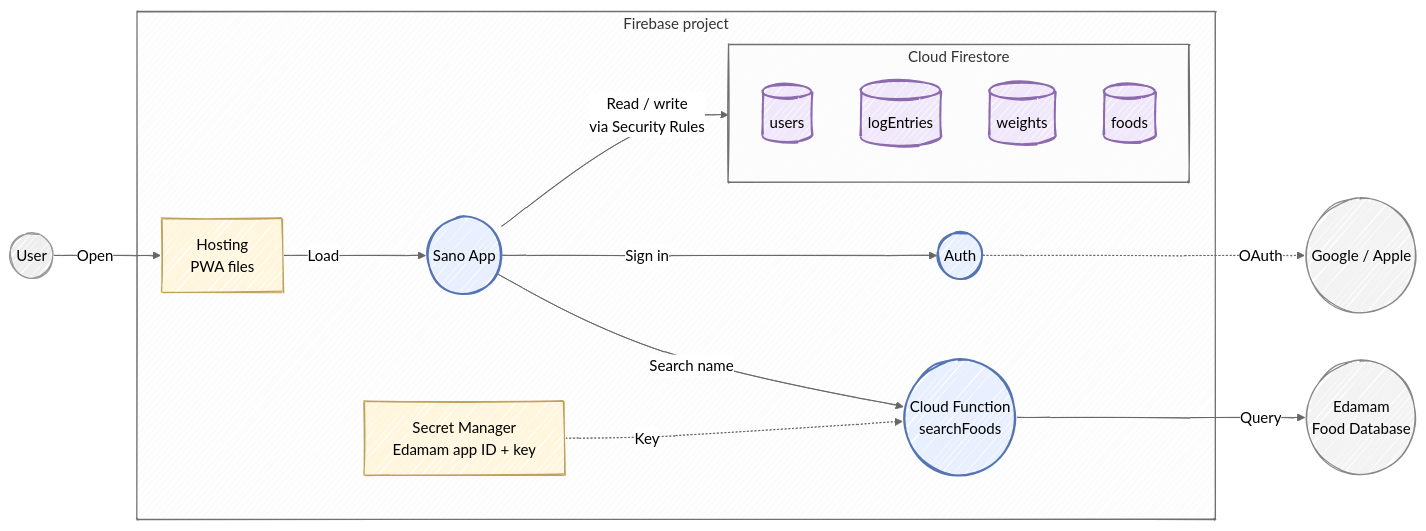
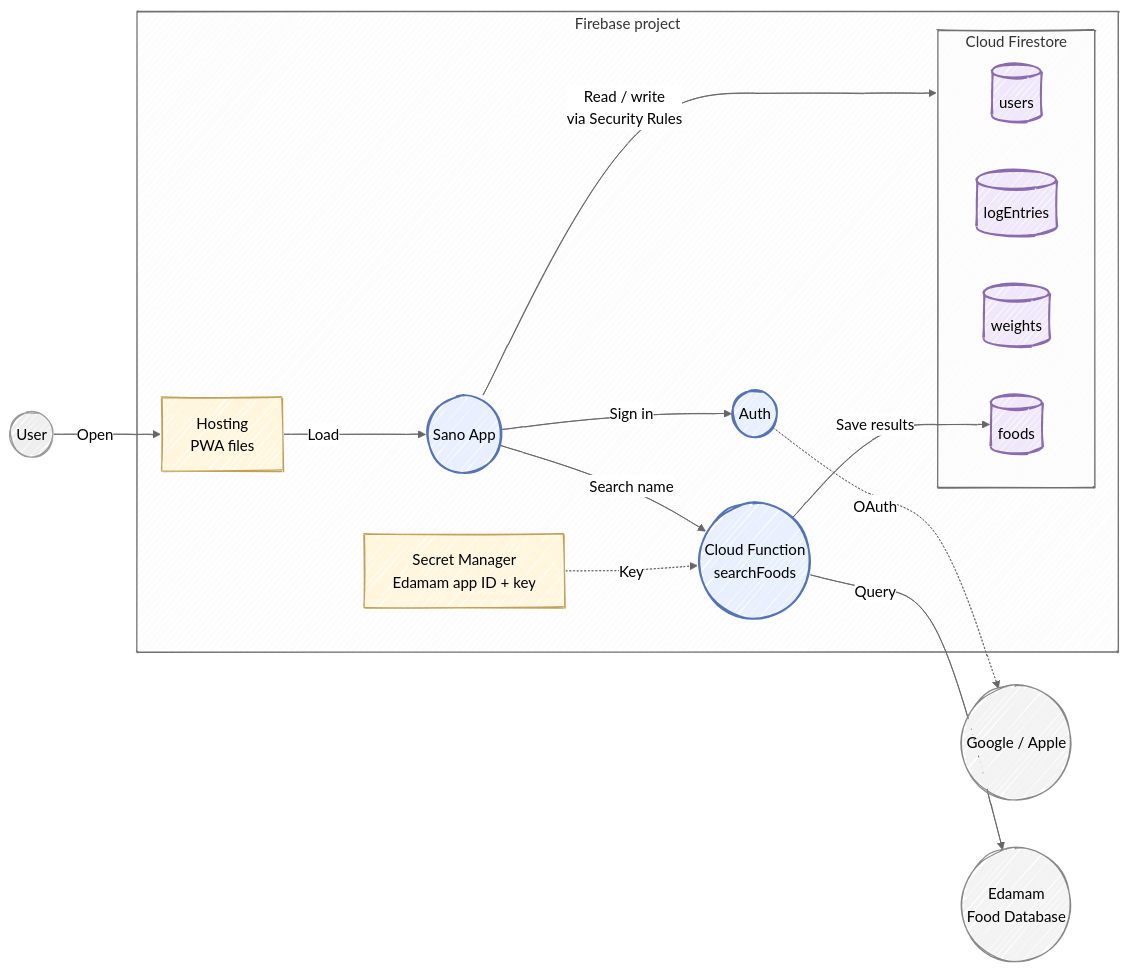
Before and after one commit to ai-rayven/wellness-ai: the first of 4 diagrams in docs/mvp.md, drawn with Mermaid. The commit also changed other lines of this file, not shown here.

First line of the commit message:
Make foods global and store one unit (g, kg)

````diff
--- a/docs/mvp.md
+++ b/docs/mvp.md
@@ -25,43 +25,44 @@
 ```mermaid
 ---
 config:
   look: handDrawn
   theme: neutral
 ---
 flowchart LR
     user(("User"))
     social(("Google / Apple"))
     edamam(("Edamam<br/>Food Database"))
 
     subgraph fb["Firebase project"]
         hosting["Hosting<br/>PWA files"]
         app(("Sano App"))
         auth(("Auth"))
         fn(("Cloud Function<br/>searchFoods"))
         secret["Secret Manager<br/>Edamam app ID + key"]
         subgraph fs["Cloud Firestore"]
             users[("users")]
             logs[("logEntries")]
             weights[("weights")]
             foods[("foods")]
         end
     end
 
     user -->|"Open"| hosting
     hosting -->|"Load"| app
     app -->|"Sign in"| auth
     auth -.->|"OAuth"| social
     app -->|"Read / write<br/>via Security Rules"| fs
     app -->|"Search name"| fn
     secret -.->|"Key"| fn
     fn -->|"Query"| edamam
+    fn -->|"Save results"| foods
 
     classDef service fill:#e8efff,stroke:#5474b4,stroke-width:2px
     classDef store fill:#f0e8fa,stroke:#8b6aad,stroke-width:2px
     classDef artifact fill:#fff6dd,stroke:#bfa15b
     classDef external fill:#f3f3f3,stroke:#888
     class app,auth,fn service
     class users,foods,logs,weights store
     class hosting,secret artifact
     class social,edamam external
 ```
````
